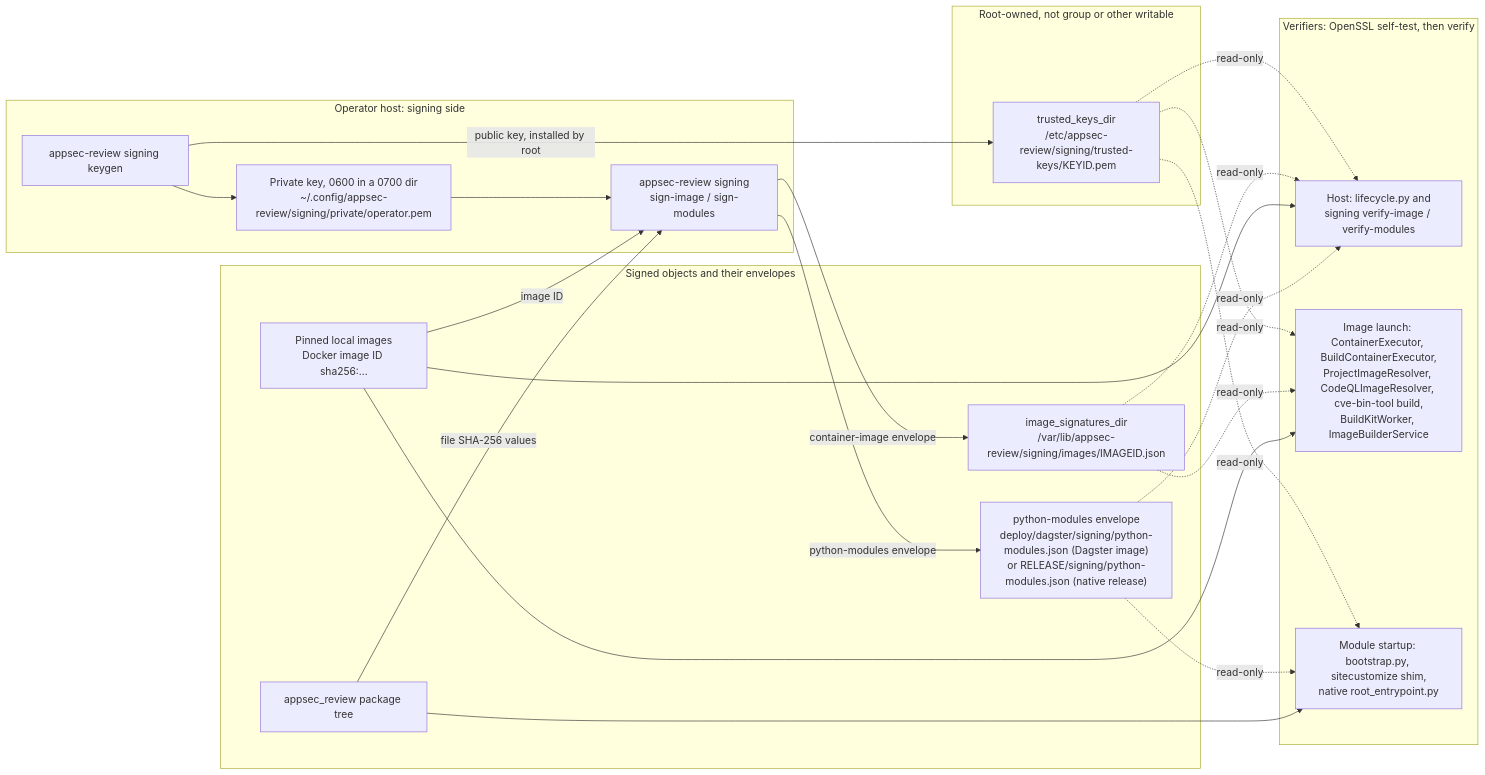
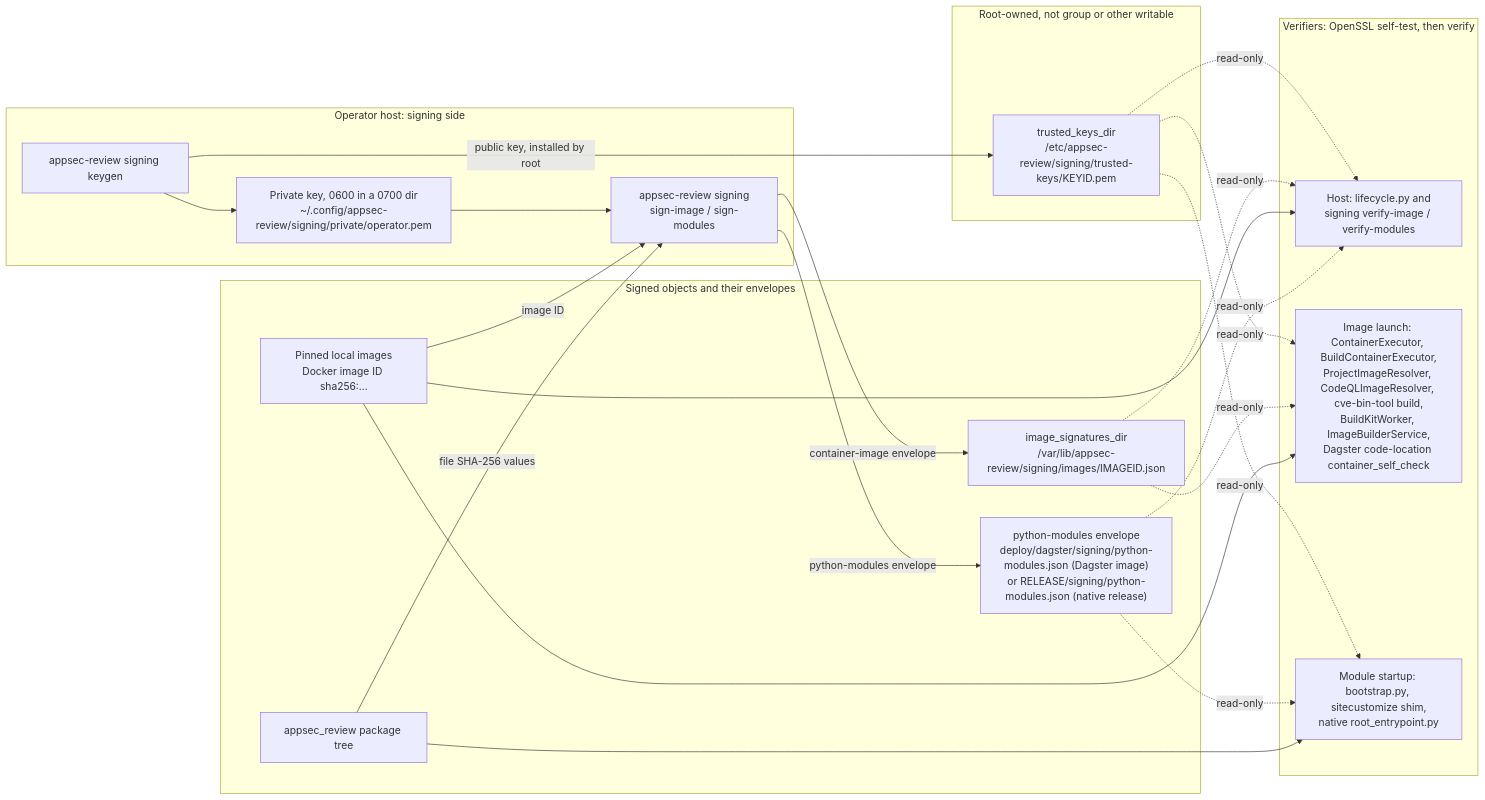
The first of 5 diagrams in docs/operations/signing.md (wsollers/appsec-review), drawn with Mermaid before and after one commit. The commit also changed other lines of this file and 7 other files, not shown here.

Commit message:
Signing: verify the Dagster code location's own image in-container before serving

````diff
--- a/docs/operations/signing.md
+++ b/docs/operations/signing.md
@@ -74,34 +74,34 @@
 ```mermaid
 flowchart LR
     subgraph host["Operator host: signing side"]
         keygen["appsec-review signing keygen"]
         key["Private key, 0600 in a 0700 dir<br/>~/.config/appsec-review/signing/private/operator.pem"]
         signer["appsec-review signing<br/>sign-image / sign-modules"]
     end
     subgraph anchors["Root-owned, not group or other writable"]
         trusted["trusted_keys_dir<br/>/etc/appsec-review/signing/trusted-keys/KEYID.pem"]
     end
     subgraph objects["Signed objects and their envelopes"]
         images["Pinned local images<br/>Docker image ID sha256:..."]
         sigs["image_signatures_dir<br/>/var/lib/appsec-review/signing/images/IMAGEID.json"]
         tree["appsec_review package tree"]
         manifest["python-modules envelope<br/>deploy/dagster/signing/python-modules.json (Dagster image)<br/>or RELEASE/signing/python-modules.json (native release)"]
     end
     subgraph verifiers["Verifiers: OpenSSL self-test, then verify"]
         hostv["Host: lifecycle.py and<br/>signing verify-image / verify-modules"]
-        imgv["Image launch: ContainerExecutor, BuildContainerExecutor,<br/>ProjectImageResolver, CodeQLImageResolver, cve-bin-tool build,<br/>BuildKitWorker, ImageBuilderService"]
+        imgv["Image launch: ContainerExecutor, BuildContainerExecutor,<br/>ProjectImageResolver, CodeQLImageResolver, cve-bin-tool build,<br/>BuildKitWorker, ImageBuilderService,<br/>Dagster code-location container_self_check"]
         modv["Module startup: bootstrap.py, sitecustomize shim,<br/>native root_entrypoint.py"]
     end
     keygen --> key
     keygen -- "public key, installed by root" --> trusted
     key --> signer
     images -- "image ID" --> signer
     tree -- "file SHA-256 values" --> signer
     signer -- "container-image envelope" --> sigs
     signer -- "python-modules envelope" --> manifest
     trusted -. "read-only" .-> hostv & imgv & modv
     sigs -. "read-only" .-> hostv & imgv
     images --> hostv & imgv
     manifest -. "read-only" .-> hostv & modv
     tree --> modv
 ```
````
